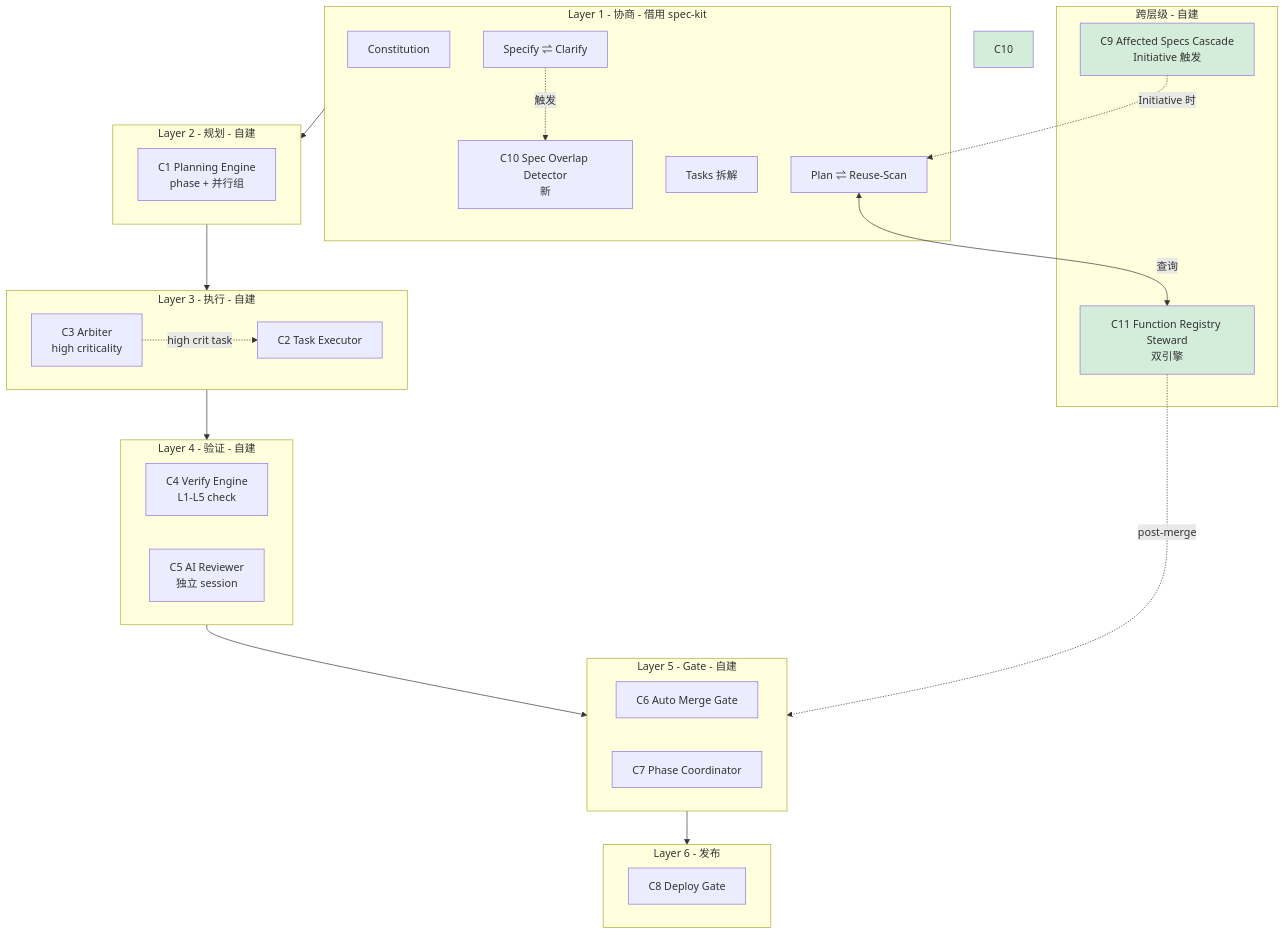
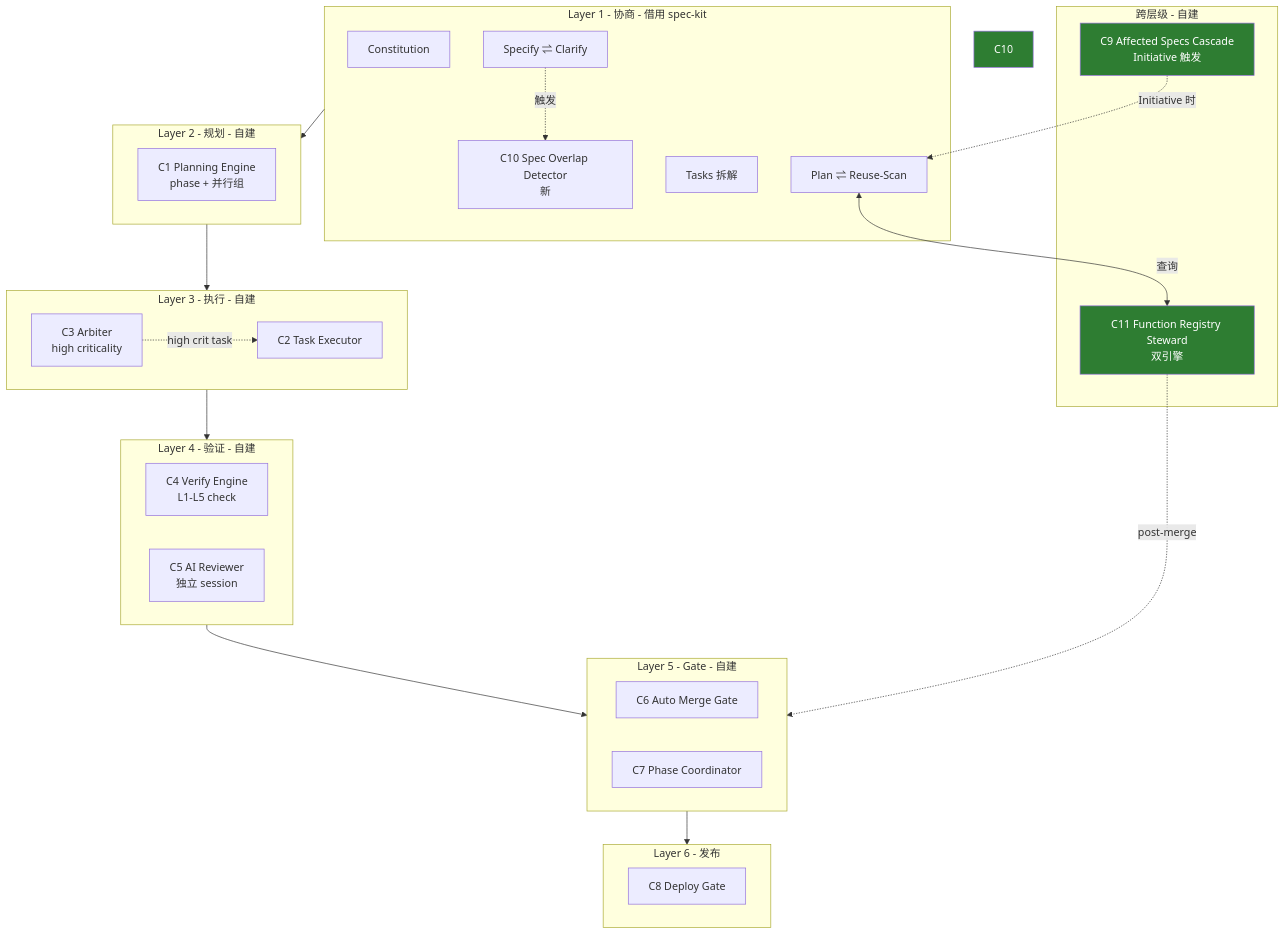
One commit to chinaszzt/suiyin-v4 changed diagram 11 of 11 in docs/sdd/diagrams.md. Above: the diagram before and after it, drawn with Mermaid. The commit also changed other lines of this file, not shown here.

First line of the commit message:
docs: diagrams.md 颜色改为高对比深色 + 白字

````diff
--- a/docs/sdd/diagrams.md
+++ b/docs/sdd/diagrams.md
@@ -351,54 +351,54 @@
 ```mermaid
 flowchart TB
     subgraph L1[Layer 1 - 协商 - 借用 spec-kit]
         S1[Constitution]
         S2[Specify ⇌ Clarify]
         S3[Plan ⇌ Reuse-Scan]
         S4[Tasks 拆解]
         S5[C10 Spec Overlap Detector<br/>新]
         S2 -.触发.-> S5
     end
     
     subgraph L2[Layer 2 - 规划 - 自建]
         C1[C1 Planning Engine<br/>phase + 并行组]
     end
     
     subgraph L3[Layer 3 - 执行 - 自建]
         C2[C2 Task Executor]
         C3[C3 Arbiter<br/>high criticality]
     end
     
     subgraph L4[Layer 4 - 验证 - 自建]
         C4[C4 Verify Engine<br/>L1-L5 check]
         C5[C5 AI Reviewer<br/>独立 session]
     end
     
     subgraph L5[Layer 5 - Gate - 自建]
         C6[C6 Auto Merge Gate]
         C7[C7 Phase Coordinator]
     end
     
     subgraph L6[Layer 6 - 发布]
         C8[C8 Deploy Gate]
     end
     
     subgraph Cross[跨层级 - 自建]
         C9[C9 Affected Specs Cascade<br/>Initiative 触发]
         C11[C11 Function Registry Steward<br/>双引擎]
     end
     
     S3 <-->|查询| C11
     L1 --> L2
     L2 --> L3
     L3 --> L4
     L4 --> L5
     L5 --> L6
     
     C11 -.post-merge.-> L5
     C9 -.Initiative 时.-> S3
     C3 -.high crit task.-> C2
     
-    style C10 fill:#d4edda
-    style C11 fill:#d4edda
-    style C9 fill:#d4edda
+    style C10 fill:#2E7D32,color:#fff
+    style C11 fill:#2E7D32,color:#fff
+    style C9 fill:#2E7D32,color:#fff
 ```
````
